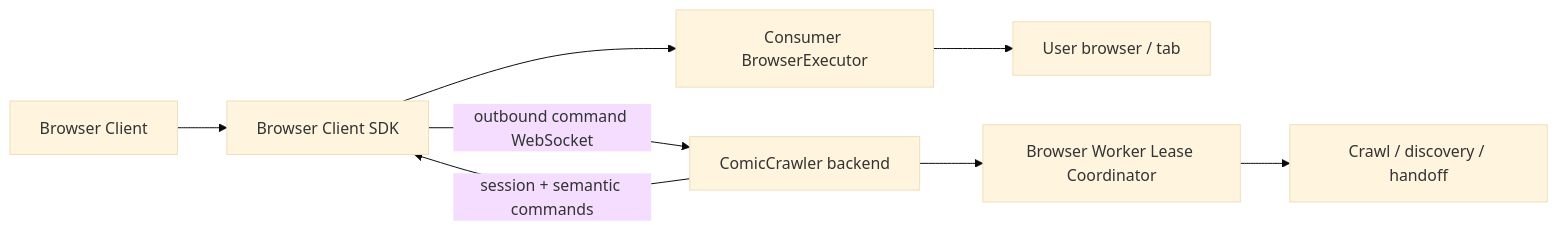
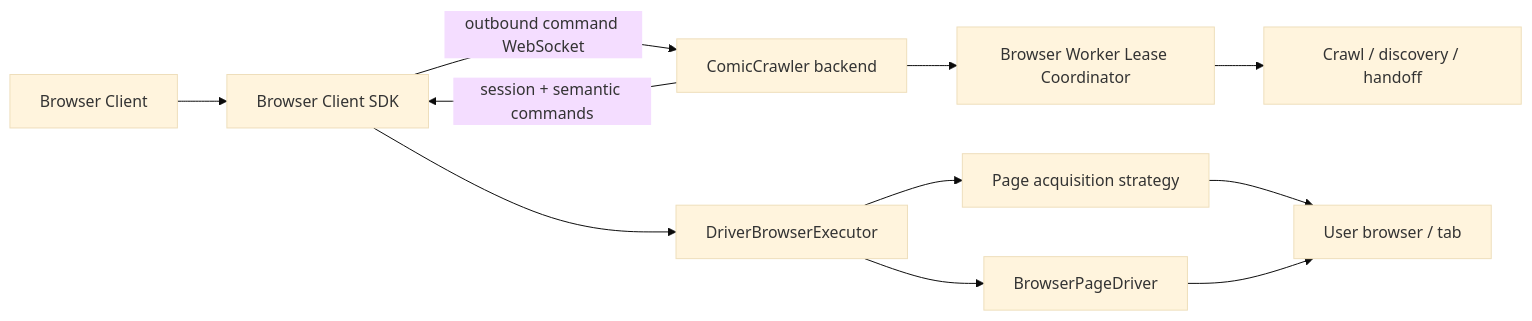
The third of 3 diagrams in docs/ARCHITECTURE.md (luberserker0v0/comic-crawler), drawn with Mermaid (base theme) before and after one commit. The commit also changed other lines of this file and 36 other files, not shown here.

````diff
--- a/docs/ARCHITECTURE.md
+++ b/docs/ARCHITECTURE.md
@@ -219,10 +219,13 @@
 ```mermaid
 flowchart LR
   App[Browser Client] --> SDK[Browser Client SDK]
   SDK -->|outbound command WebSocket| Cloud[ComicCrawler backend]
   Cloud -->|session + semantic commands| SDK
-  SDK --> Executor[Consumer BrowserExecutor]
-  Executor --> Browser[User browser / tab]
+  SDK --> Executor[DriverBrowserExecutor]
+  Executor --> Acquisition[Page acquisition strategy]
+  Executor --> Driver[BrowserPageDriver]
+  Acquisition --> Browser[User browser / tab]
+  Driver --> Browser
   Cloud --> Lease[Browser Worker Lease Coordinator]
   Lease --> Crawl[Crawl / discovery / handoff]
 ```
````
